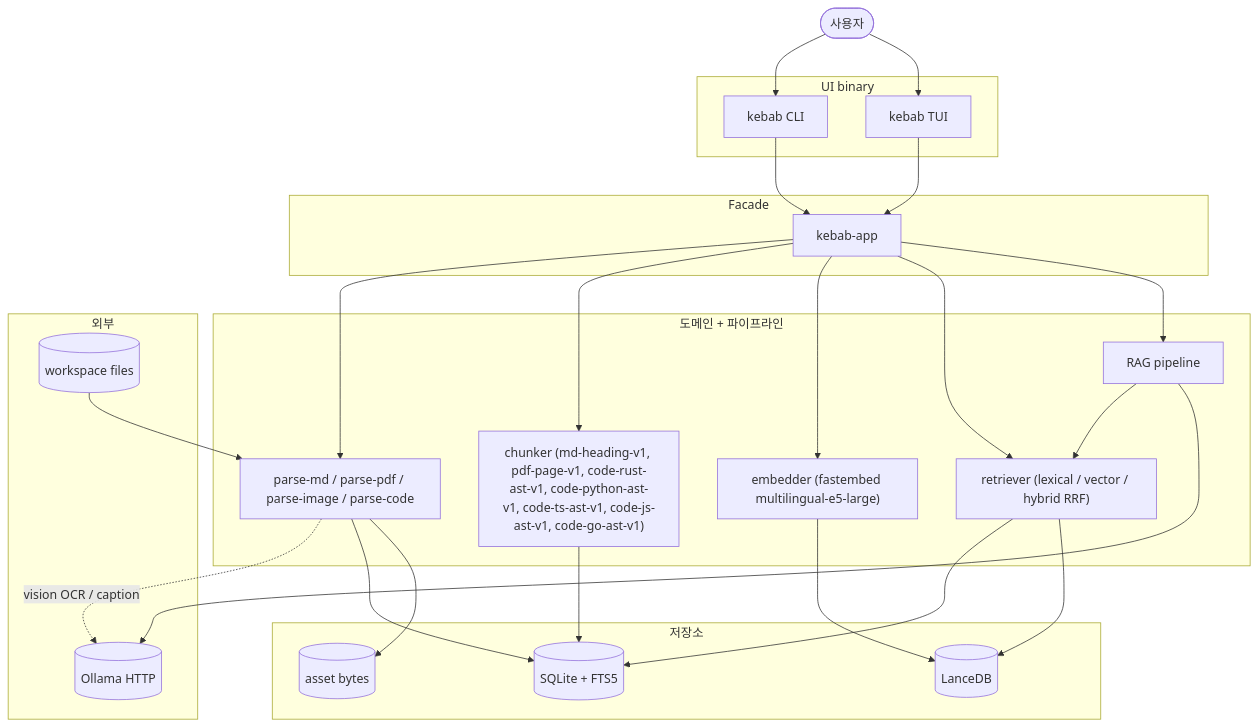
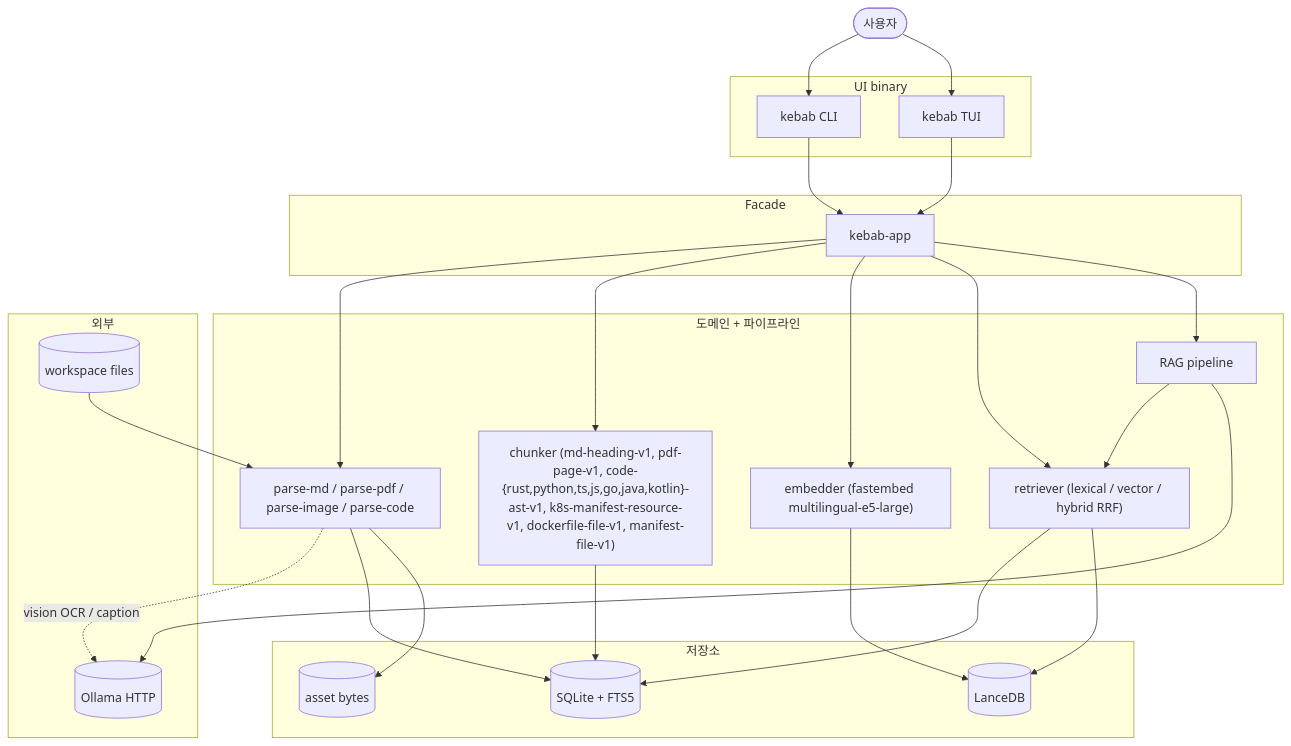
The diagram in README.md (altair823/kebab), drawn with Mermaid before and after one commit.

Commit message:
docs(p10-2-followup): README Mermaid chunker_version list — Java/Kotlin + Tier 2
p10-1C-JK 이후 누락된 code-java-ast-v1 / code-kotlin-ast-v1 + p10-2 의
k8s-manifest-resource-v1 / dockerfile-file-v1 / manifest-file-v1 추가.
표기 단순화를 위해 code-* 는 brace 묶음.

Reviewer nit #2 (PR #153 code-reviewer).

````diff
--- a/README.md
+++ b/README.md
@@ -120,56 +120,56 @@
 ```mermaid
 flowchart TB
     user(["사용자"])
 
     subgraph UI["UI binary"]
         cli["kebab CLI"]
         tui["kebab TUI"]
     end
 
     subgraph App["Facade"]
         app["kebab-app"]
     end
 
     subgraph Pipeline["도메인 + 파이프라인"]
         parse["parse-md / parse-pdf / parse-image / parse-code"]
-        chunker["chunker (md-heading-v1, pdf-page-v1, code-rust-ast-v1, code-python-ast-v1, code-ts-ast-v1, code-js-ast-v1, code-go-ast-v1)"]
+        chunker["chunker (md-heading-v1, pdf-page-v1, code-{rust,python,ts,js,go,java,kotlin}-ast-v1, k8s-manifest-resource-v1, dockerfile-file-v1, manifest-file-v1)"]
         embedder["embedder (fastembed multilingual-e5-large)"]
         retriever["retriever (lexical / vector / hybrid RRF)"]
         rag["RAG pipeline"]
     end
 
     subgraph Store["저장소"]
         sqlite[("SQLite + FTS5")]
         lance[("LanceDB")]
         assets[("asset bytes")]
     end
 
     subgraph External["외부"]
         fs[("workspace files")]
         ollama[("Ollama HTTP")]
     end
 
     user --> cli
     user --> tui
     cli --> app
     tui --> app
 
     app --> parse
     app --> chunker
     app --> embedder
     app --> retriever
     app --> rag
 
     fs --> parse
     parse -. vision OCR / caption .-> ollama
     parse --> sqlite
     parse --> assets
 
     chunker --> sqlite
     embedder --> lance
     retriever --> sqlite
     retriever --> lance
 
     rag --> retriever
     rag --> ollama
 ```
````
